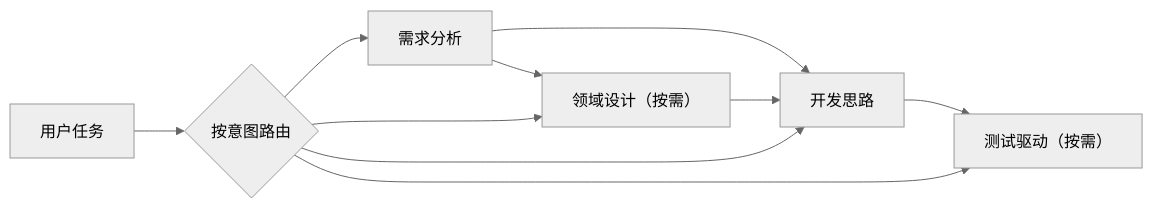
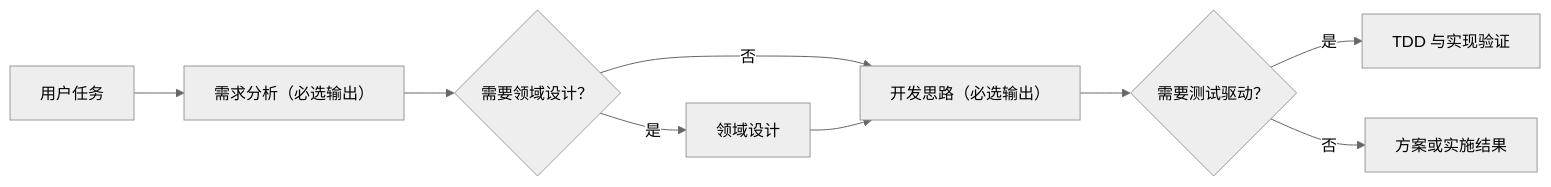
One commit to stackJx/navigate-software-development changed the diagram in README.md. Above: the diagram before and after it, drawn with Mermaid (neutral theme). The commit also changed other lines of this file and 4 other files, not shown here.

````diff
--- a/README.md
+++ b/README.md
@@ -17,12 +17,11 @@
 ```mermaid
 flowchart LR
-    A["用户任务"] --> B{"按意图路由"}
-    B --> R["需求分析"]
-    B --> D["领域设计（按需）"]
-    B --> P["开发思路"]
-    B --> T["测试驱动（按需）"]
-    R --> P
-    R --> D
-    D --> P
-    P --> T
+    A["用户任务"] --> R["需求分析（必选输出）"]
+    R --> D{"需要领域设计？"}
+    D -- "是" --> DD["领域设计"]
+    D -- "否" --> P["开发思路（必选输出）"]
+    DD --> P
+    P --> T{"需要测试驱动？"}
+    T -- "是" --> TT["TDD 与实现验证"]
+    T -- "否" --> O["方案或实施结果"]
 ```
````
